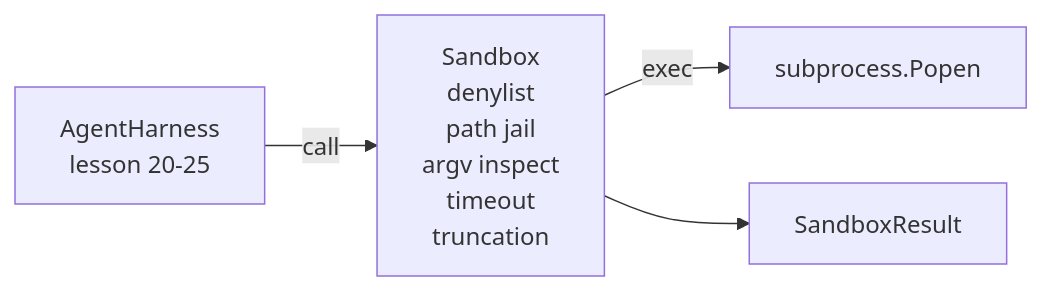
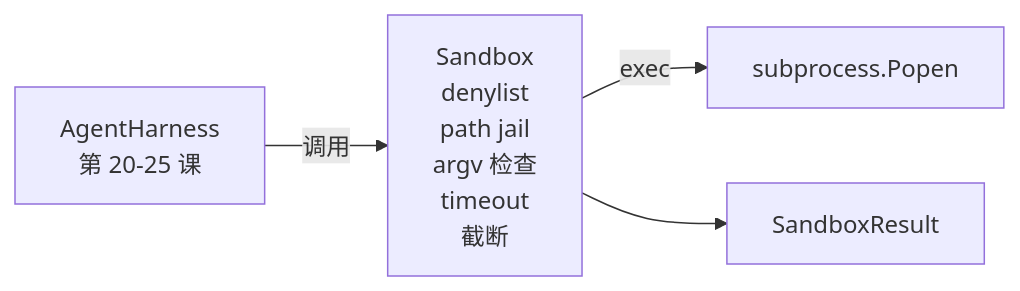
The second of 2 diagrams in phases/19-capstone-projects/26-sandbox-runner-denylist/docs/zh.md (JerryC8080/ai-engineering-from-scratch-zh), drawn with Mermaid before and after one commit. The commit also changed other lines of this file and 156 other files, not shown here.

First line of the commit message:
i18n(zh): translate mermaid diagram labels in 157 lesson zh.md

````diff
--- a/phases/19-capstone-projects/26-sandbox-runner-denylist/docs/zh.md
+++ b/phases/19-capstone-projects/26-sandbox-runner-denylist/docs/zh.md
@@ -53,6 +53,6 @@
 ```mermaid
 flowchart LR
-  Harness[AgentHarness<br/>lesson 20-25] -->|call| Sandbox[Sandbox<br/>denylist<br/>path jail<br/>argv inspect<br/>timeout<br/>truncation]
+  Harness[AgentHarness<br/>第 20-25 课] -->|调用| Sandbox[Sandbox<br/>denylist<br/>path jail<br/>argv 检查<br/>timeout<br/>截断]
   Sandbox -->|exec| Popen[subprocess.Popen]
   Sandbox --> Result[SandboxResult]
 ```
````
